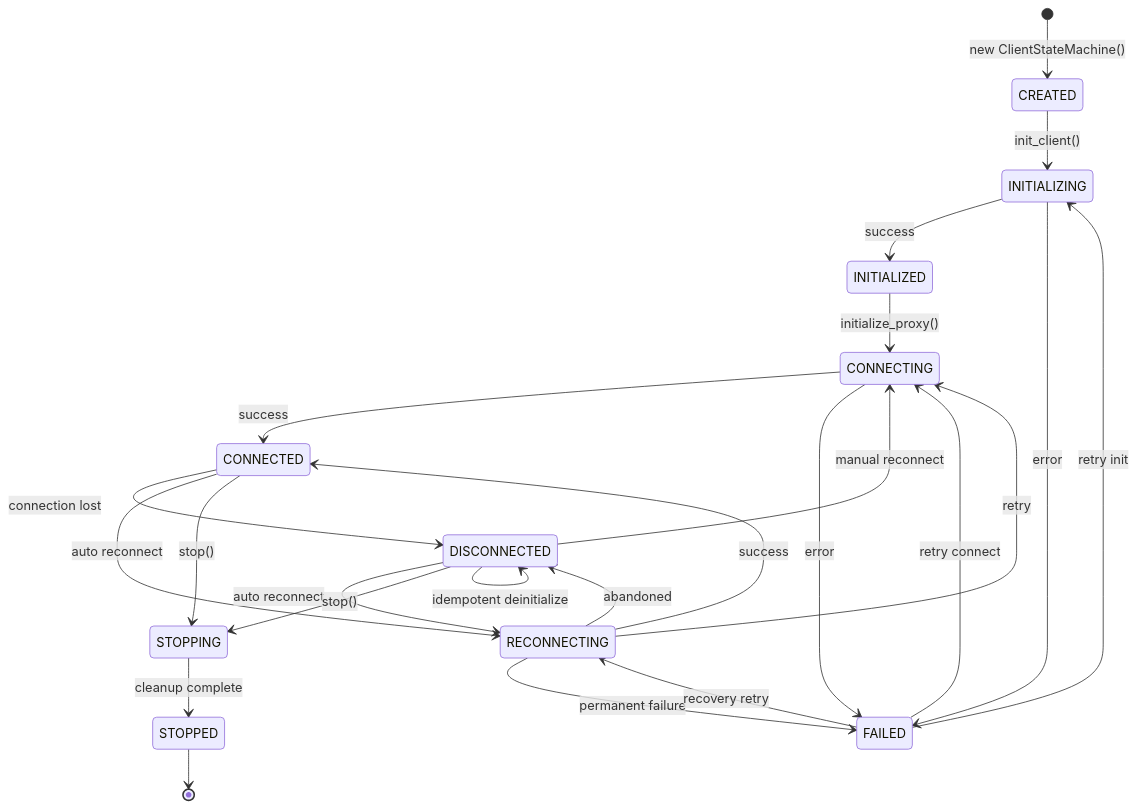
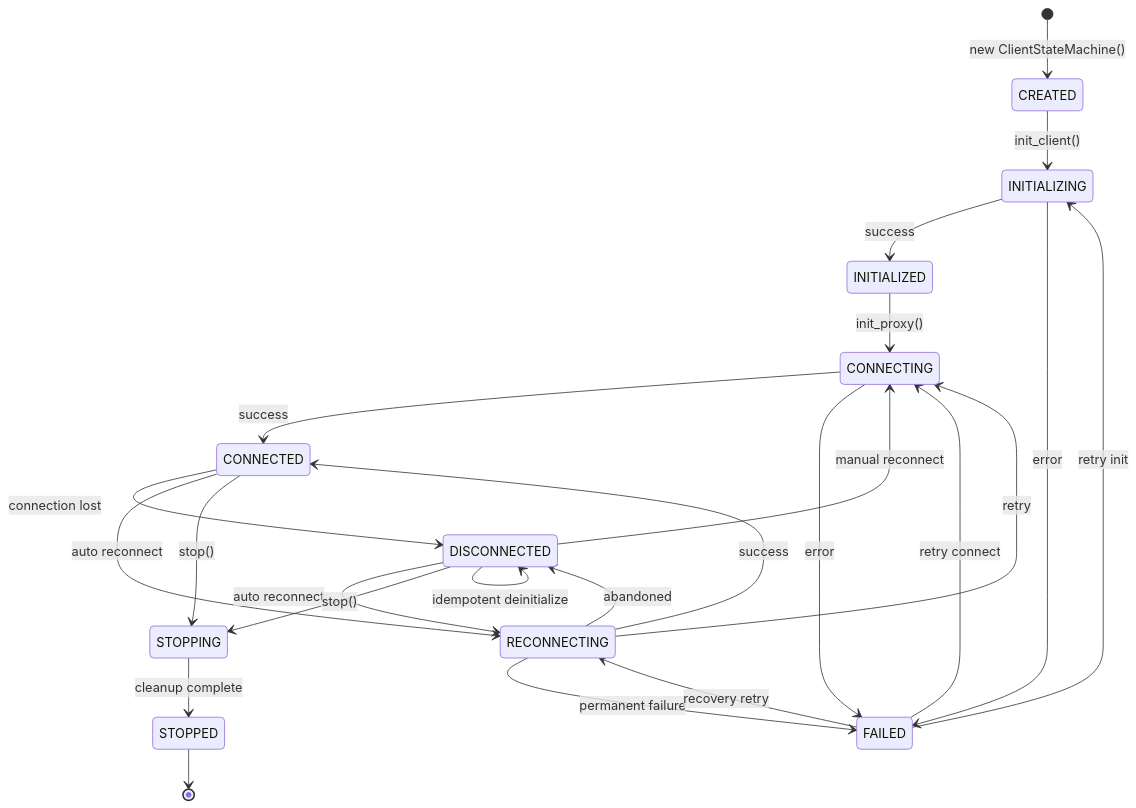
Before and after one commit to SukramJ/aiohomematic: the fifth of 17 diagrams in docs/architecture/sequence_diagrams.md, drawn with Mermaid. The commit also changed other lines of this file and 17 other files, not shown here.

````diff
--- a/docs/architecture/sequence_diagrams.md
+++ b/docs/architecture/sequence_diagrams.md
@@ -341,36 +341,36 @@
 ```mermaid
 stateDiagram-v2
   [*] --> CREATED: new ClientStateMachine()
 
   CREATED --> INITIALIZING: init_client()
 
   INITIALIZING --> INITIALIZED: success
   INITIALIZING --> FAILED: error
 
-  INITIALIZED --> CONNECTING: initialize_proxy()
+  INITIALIZED --> CONNECTING: init_proxy()
 
   CONNECTING --> CONNECTED: success
   CONNECTING --> FAILED: error
 
   CONNECTED --> DISCONNECTED: connection lost
   CONNECTED --> RECONNECTING: auto reconnect
   CONNECTED --> STOPPING: stop()
 
   DISCONNECTED --> CONNECTING: manual reconnect
   DISCONNECTED --> RECONNECTING: auto reconnect
   DISCONNECTED --> STOPPING: stop()
   DISCONNECTED --> DISCONNECTED: idempotent deinitialize
 
   RECONNECTING --> CONNECTED: success
   RECONNECTING --> DISCONNECTED: abandoned
   RECONNECTING --> FAILED: permanent failure
   RECONNECTING --> CONNECTING: retry
 
   FAILED --> INITIALIZING: retry init
   FAILED --> CONNECTING: retry connect
   FAILED --> RECONNECTING: recovery retry
 
   STOPPING --> STOPPED: cleanup complete
 
   STOPPED --> [*]
 ```
````
